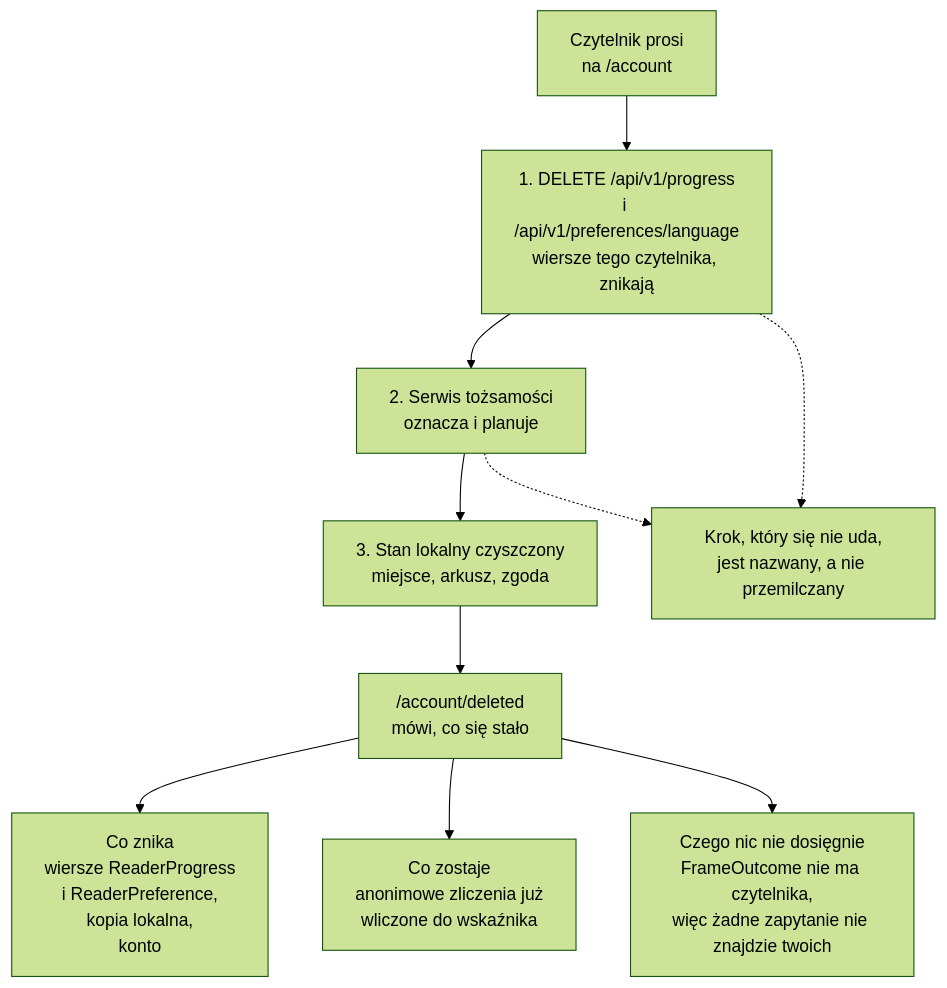
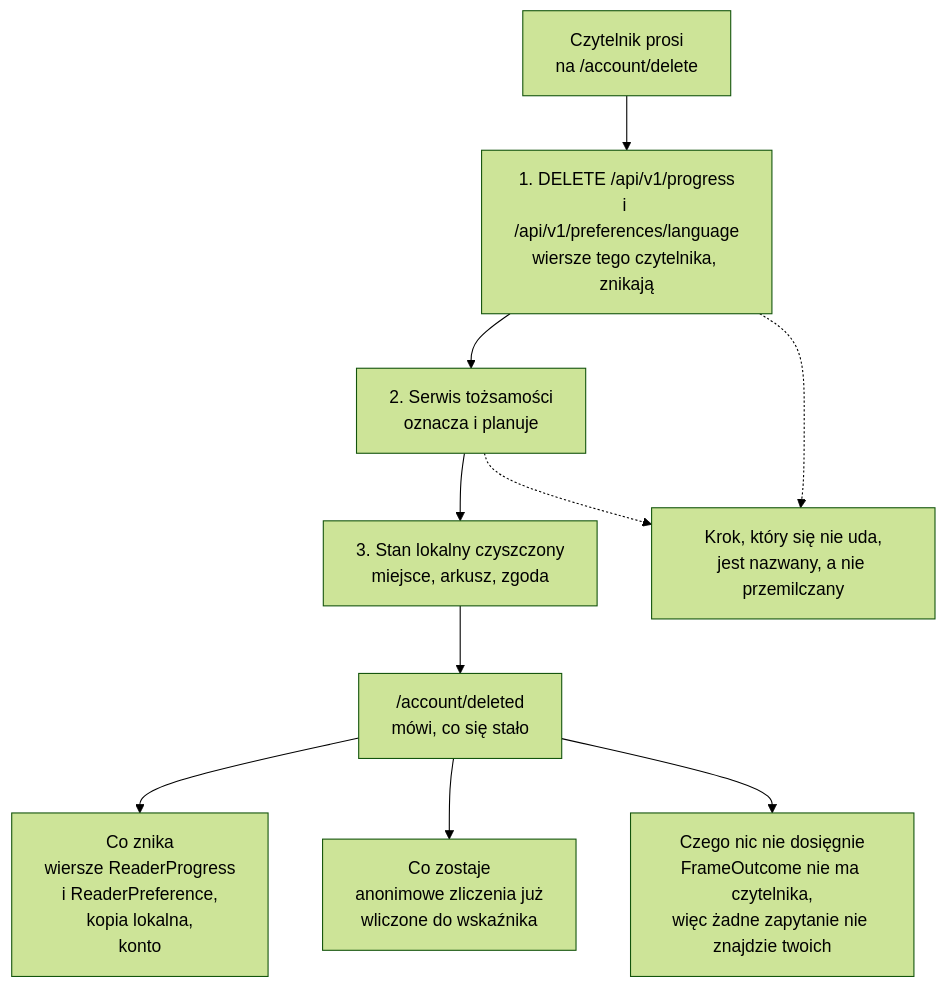
The diagram in docs/diagrams/b6-deletion.pl.mmd (konradcinkusz/ab-ove), drawn with Mermaid (forest theme) before and after one commit. The commit also changed 27 other files, not shown here.

First line of the commit message:
610: /account is the reader's overview; deletion moves to /account/delete

```diff
--- a/docs/diagrams/b6-deletion.pl.mmd
+++ b/docs/diagrams/b6-deletion.pl.mmd
@@ -1,39 +1,39 @@
 %% Usunięcie konta: co znika, co zostaje i czego żadne usunięcie nie dosięgnie.
 %% JEDEN DIAGRAM NA PLIK. UTF-8. Dlaczego nie ASCII: patrz a1-system-context.pl.mmd.
 
 %% KAŻDY WIERSZ ZWIĄZANY Z CZYTELNIKIEM ZNIKA PIERWSZY, A EKRAN MÓWI, CZEGO NIE DOSIĘGNIE
 %% (ADR-0021). Kolejność wynika z PODMIOTU: gdy serwis tożsamości oznaczy konto, nikt już nie
 %% zaloguje się jako ten podmiot, więc cokolwiek pozostanie pod nim w apidb, jest na zawsze
 %% poza zasięgiem czytelnika. Dotyczy to wybranej edycji (ADR-0052) dokładnie tak jak miejsca
 %% w lekturze - i dlatego oba znikają przed kontem, a nie po nim.
 
 %% A PONIEWAŻ WYNIK NIE NIESIE CZYTELNIKA, nic nie potrafi znaleźć wierszy, które były twoje
 %% - a zatem wkładu wliczonego już do wskaźnika nie da się wycofać. To jest cena
 %% strukturalnej nieobecności, dzięki której ocena pojedynczego czytelnika jest nie do
 %% zbudowania, i czytelnik ją słyszy, zamiast zakładać coś przeciwnego.
 
 %% SERWIS TOŻSAMOŚCI OZNACZA I PLANUJE, A NIE WYMAZUJE. To repozytorium nie posiada authdb i
 %% nie składa deklaracji w jego imieniu; ekran mówi, co robi serwis tożsamości, jego
 %% własnymi słowami.
 
 %% EKRAN, KTÓRY SUGEROWAŁBY INACZEJ, DEKLAROWAŁBY MOŻLIWOŚĆ, KTÓREJ SCHEMAT CELOWO NIE MA.
 
 flowchart TD
-  ASK["Czytelnik prosi<br/>na /account"]
+  ASK["Czytelnik prosi<br/>na /account/delete"]
   P1["1. DELETE /api/v1/progress<br/>i /api/v1/preferences/language<br/>wiersze tego czytelnika, znikają"]
   P2["2. Serwis tożsamości<br/>oznacza i planuje"]
   P3["3. Stan lokalny czyszczony<br/>miejsce, arkusz, zgoda"]
   DONE["/account/deleted<br/>mówi, co się stało"]
 
   GONE["Co znika<br/>wiersze ReaderProgress<br/>i ReaderPreference,<br/>kopia lokalna,<br/>konto"]
   STAYS["Co zostaje<br/>anonimowe zliczenia już<br/>wliczone do wskaźnika"]
   CANNOT["Czego nic nie dosięgnie<br/>FrameOutcome nie ma czytelnika,<br/>więc żadne zapytanie nie znajdzie twoich"]
 
   ASK --> P1 --> P2 --> P3 --> DONE
   DONE --> GONE
   DONE --> STAYS
   DONE --> CANNOT
 
   PROBLEM["Krok, który się nie uda,<br/>jest nazwany, a nie przemilczany"]
   P2 -.-> PROBLEM
   P1 -.-> PROBLEM
```
